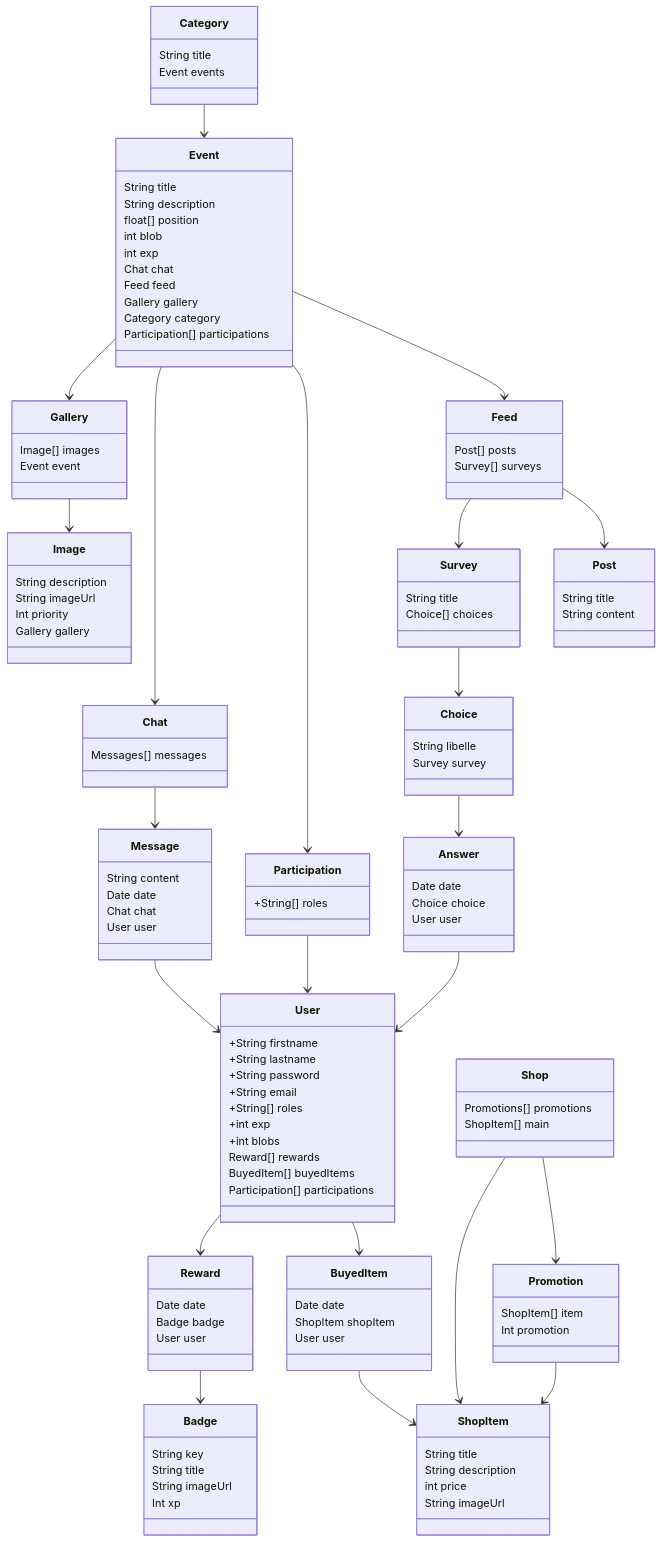
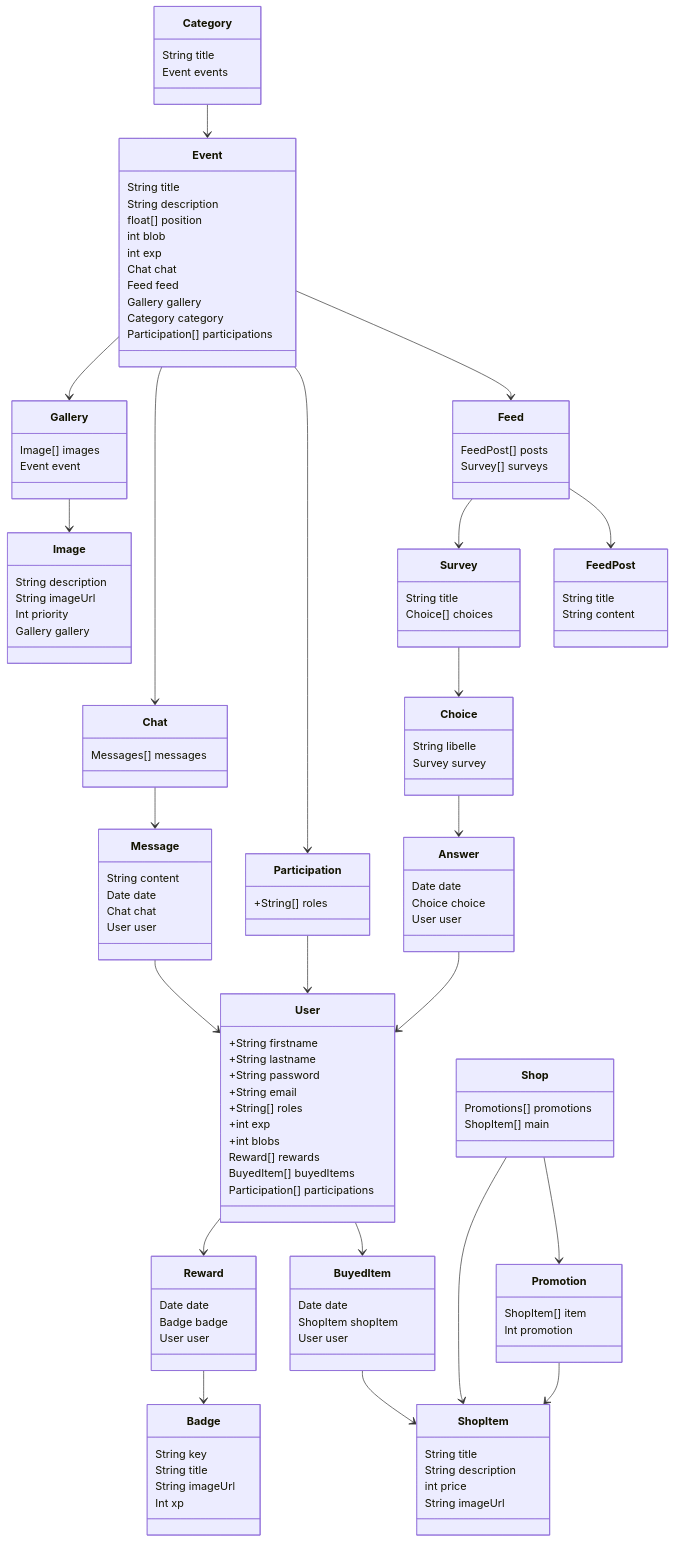
The diagram in UML.md (hangover-hetic/green_quest_backend), drawn with Mermaid before and after one commit. The commit also changed 7 other files, not shown here.

```diff
--- a/UML.md
+++ b/UML.md
@@ -59,14 +59,14 @@
         Gallery gallery
     }
 
-    Feed-->Post
+    Feed-->FeedPost
     Feed-->Survey
     class Feed {
-        Post[] posts
+        FeedPost[] posts
         Survey[] surveys
     }
 
-    class Post {
+    class FeedPost {
         String title
         String content
     }
```
